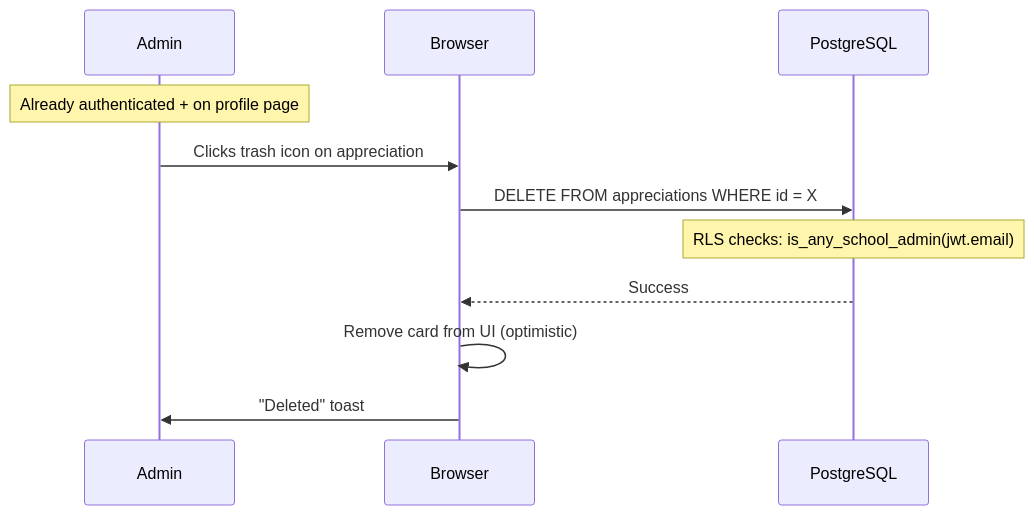
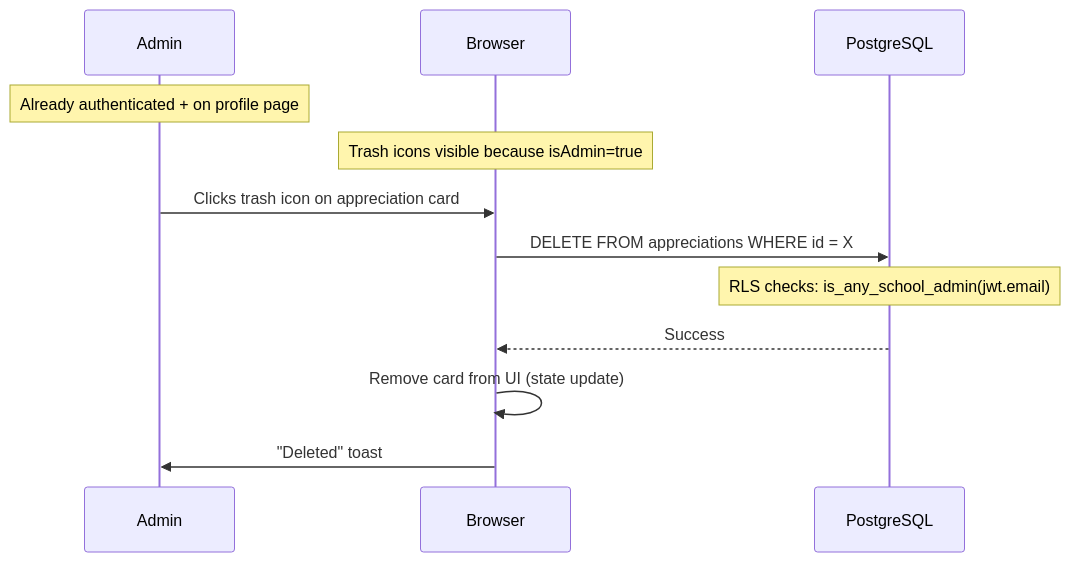
Before and after one commit to van-sudo-git/content-refine: the fifth of 6 diagrams in public/docs/technical-design-document.md, drawn with Mermaid. The commit also changed other lines of this file, not shown here.

````diff
--- a/public/docs/technical-design-document.md
+++ b/public/docs/technical-design-document.md
@@ -692,14 +742,15 @@
 ```mermaid
 sequenceDiagram
     participant Admin
     participant Browser
     participant DB as PostgreSQL
 
     Note over Admin: Already authenticated + on profile page
-    Admin->>Browser: Clicks trash icon on appreciation
+    Note over Browser: Trash icons visible because isAdmin=true
+    Admin->>Browser: Clicks trash icon on appreciation card
     Browser->>DB: DELETE FROM appreciations WHERE id = X
     Note over DB: RLS checks: is_any_school_admin(jwt.email)
     DB-->>Browser: Success
-    Browser->>Browser: Remove card from UI (optimistic)
+    Browser->>Browser: Remove card from UI (state update)
     Browser->>Admin: "Deleted" toast
 ```
````
